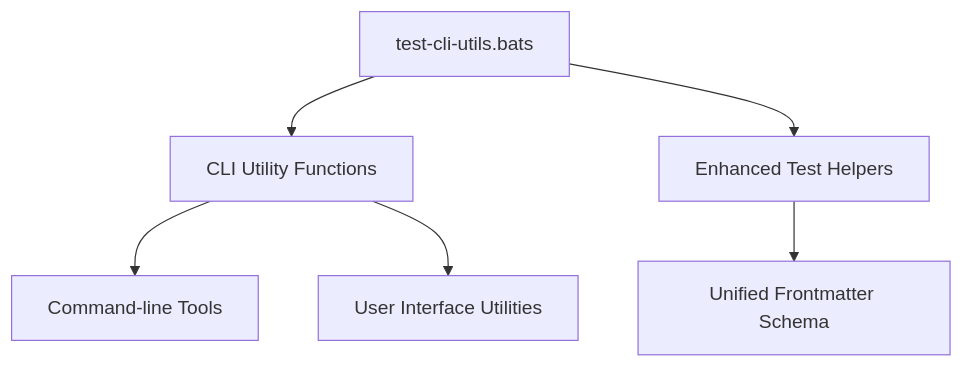
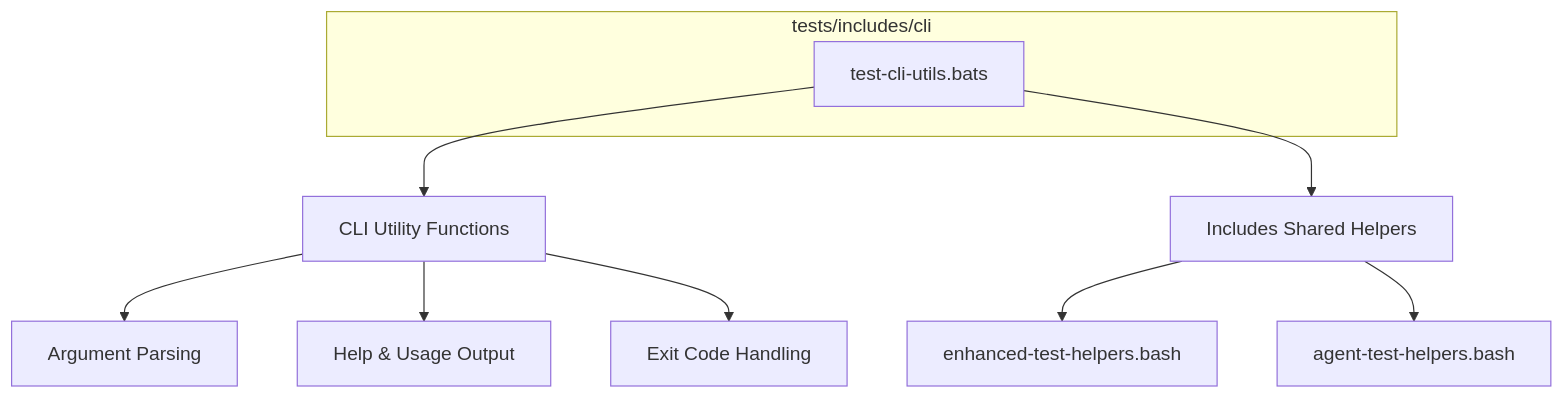
One commit to lightspeedwp/.github changed the diagram in tests/includes/cli/README.md. Above: the diagram before and after it, drawn with Mermaid. The commit also changed other lines of this file and 7 other files, not shown here.

First line of the commit message:
chore(frontmatter/docs/tests/lint): standardize README frontmatter, expand test docs, refactor label/type tests, and enhance npm-package-json-lint

````diff
--- a/tests/includes/cli/README.md
+++ b/tests/includes/cli/README.md
@@ -24,8 +35,13 @@
 ```mermaid
 graph TD
-    A[test-cli-utils.bats] --> B[CLI Utility Functions]
-    B --> C[Command-line Tools]
-    B --> D[User Interface Utilities]
-    A --> E[Enhanced Test Helpers]
-    E --> F[Unified Frontmatter Schema]
+    subgraph tests/includes/cli
+      A[test-cli-utils.bats]
+    end
+    A --> B[CLI Utility Functions]
+    B --> C[Argument Parsing]
+    B --> D[Help & Usage Output]
+    B --> E[Exit Code Handling]
+    A --> F[Includes Shared Helpers]
+    F --> G[enhanced-test-helpers.bash]
+    F --> H[agent-test-helpers.bash]
 ```
````
